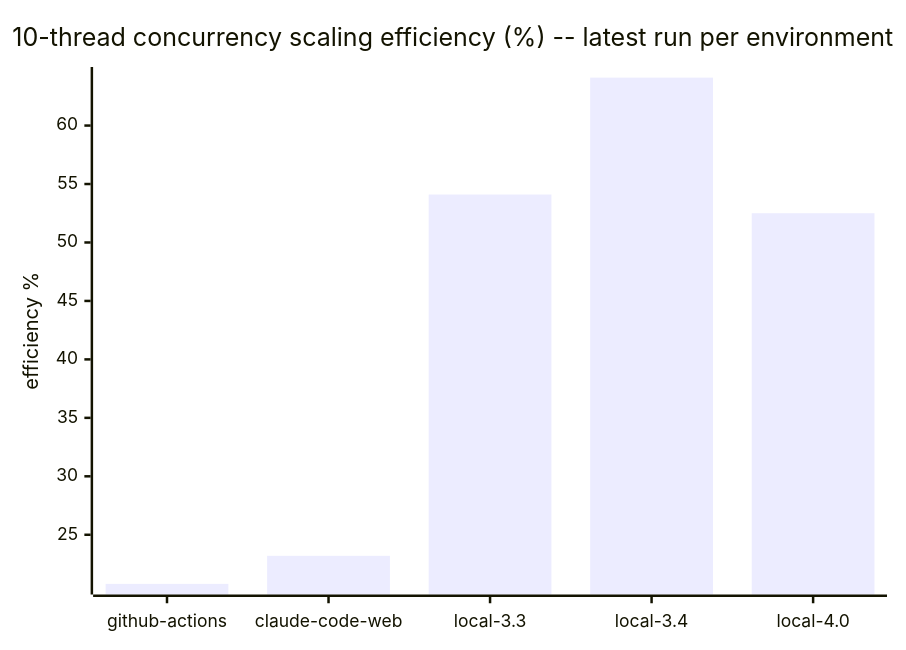
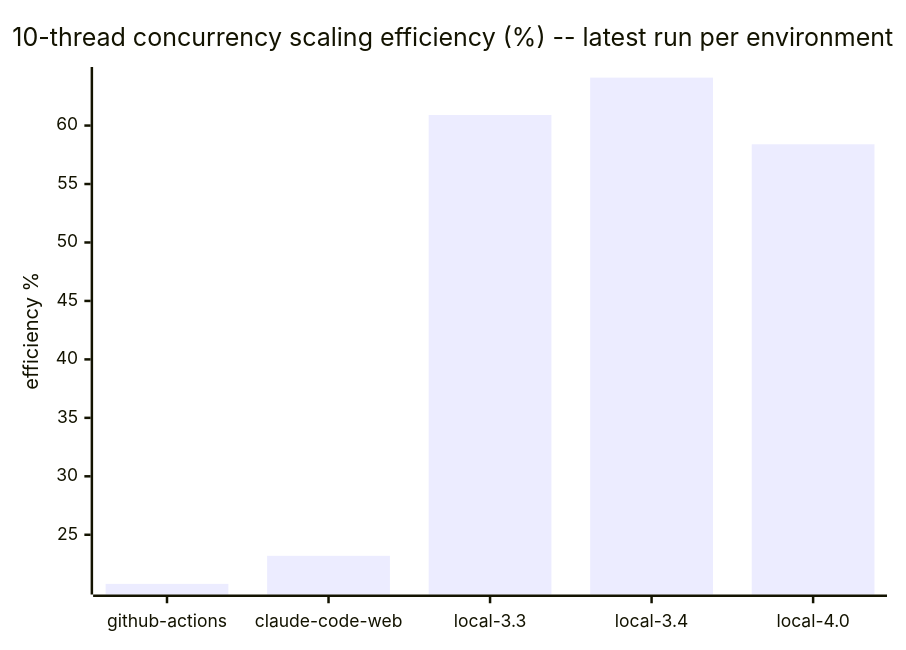
One commit to cpb/duckling changed the seventh of 7 diagrams in docs/benchmarks/README.md. Above: the diagram before and after it, drawn with Mermaid. The commit also changed other lines of this file and 2 other files, not shown here.

````diff
--- a/docs/benchmarks/README.md
+++ b/docs/benchmarks/README.md
@@ -223,7 +223,7 @@
 ```mermaid
 xychart-beta
     title "10-thread concurrency scaling efficiency (%) -- latest run per environment"
     x-axis [github-actions, claude-code-web, local-3.3, local-3.4, local-4.0]
     y-axis "efficiency %"
-    bar "efficiency_pct" [20.8, 23.2, 54.1, 64.1, 52.5]
+    bar "efficiency_pct" [20.8, 23.2, 60.9, 64.1, 58.4]
 ```
````
